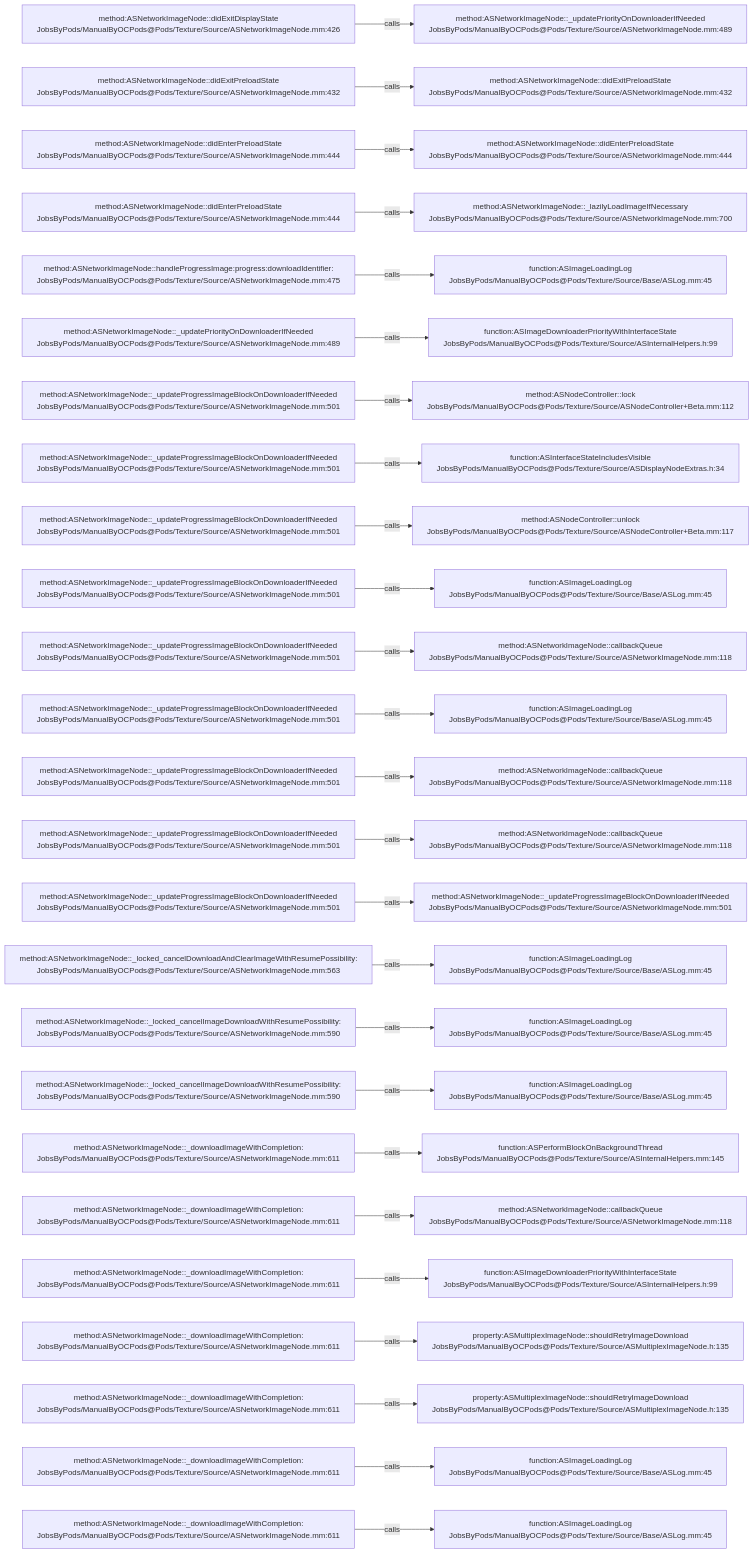
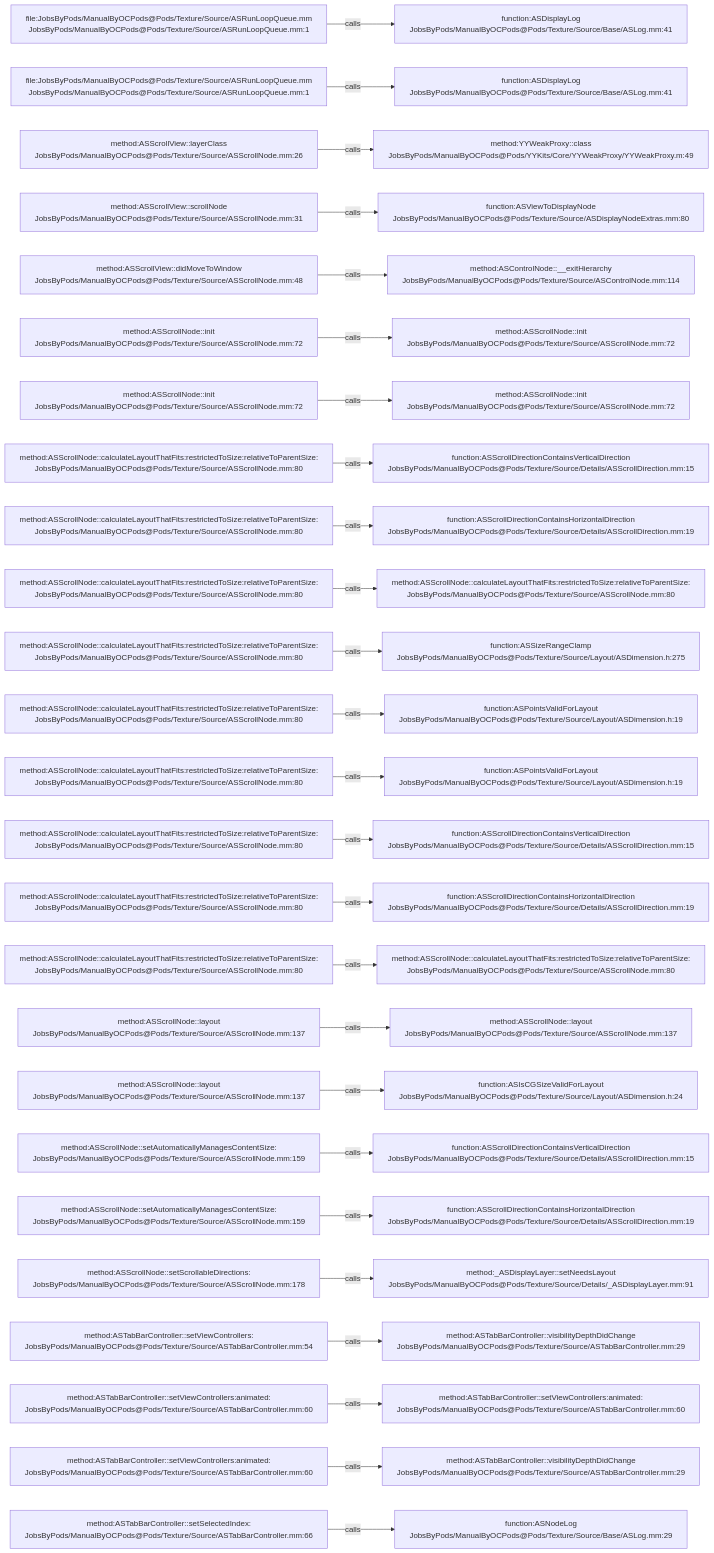
One commit to JobsKits/JobsOCBaseConfigDemo changed the diagram in .codegraph/codegraph.md/graphs/calls-119.md. Above: the diagram before and after it, drawn with Mermaid. The commit also changed 1353 other files, not shown here.

````diff
--- a/.codegraph/codegraph.md/graphs/calls-119.md
+++ b/.codegraph/codegraph.md/graphs/calls-119.md
@@ -13,78 +13,78 @@
 ```mermaid
 flowchart LR
-  S1["method:ASNetworkImageNode::didExitDisplayState<br/>JobsByPods/ManualByOCPods@Pods/Texture/Source/ASNetworkImageNode.mm:426"]
-  T1["method:ASNetworkImageNode::_updatePriorityOnDownloaderIfNeeded<br/>JobsByPods/ManualByOCPods@Pods/Texture/Source/ASNetworkImageNode.mm:489"]
+  S1["file:JobsByPods/ManualByOCPods@Pods/Texture/Source/ASRunLoopQueue.mm<br/>JobsByPods/ManualByOCPods@Pods/Texture/Source/ASRunLoopQueue.mm:1"]
+  T1["function:ASDisplayLog<br/>JobsByPods/ManualByOCPods@Pods/Texture/Source/Base/ASLog.mm:41"]
   S1 -->|calls| T1
-  S2["method:ASNetworkImageNode::didExitPreloadState<br/>JobsByPods/ManualByOCPods@Pods/Texture/Source/ASNetworkImageNode.mm:432"]
-  T2["method:ASNetworkImageNode::didExitPreloadState<br/>JobsByPods/ManualByOCPods@Pods/Texture/Source/ASNetworkImageNode.mm:432"]
+  S2["file:JobsByPods/ManualByOCPods@Pods/Texture/Source/ASRunLoopQueue.mm<br/>JobsByPods/ManualByOCPods@Pods/Texture/Source/ASRunLoopQueue.mm:1"]
+  T2["function:ASDisplayLog<br/>JobsByPods/ManualByOCPods@Pods/Texture/Source/Base/ASLog.mm:41"]
   S2 -->|calls| T2
-  S3["method:ASNetworkImageNode::didEnterPreloadState<br/>JobsByPods/ManualByOCPods@Pods/Texture/Source/ASNetworkImageNode.mm:444"]
-  T3["method:ASNetworkImageNode::didEnterPreloadState<br/>JobsByPods/ManualByOCPods@Pods/Texture/Source/ASNetworkImageNode.mm:444"]
+  S3["method:ASScrollView::layerClass<br/>JobsByPods/ManualByOCPods@Pods/Texture/Source/ASScrollNode.mm:26"]
+  T3["method:YYWeakProxy::class<br/>JobsByPods/ManualByOCPods@Pods/YYKits/Core/YYWeakProxy/YYWeakProxy.m:49"]
   S3 -->|calls| T3
-  S4["method:ASNetworkImageNode::didEnterPreloadState<br/>JobsByPods/ManualByOCPods@Pods/Texture/Source/ASNetworkImageNode.mm:444"]
-  T4["method:ASNetworkImageNode::_lazilyLoadImageIfNecessary<br/>JobsByPods/ManualByOCPods@Pods/Texture/Source/ASNetworkImageNode.mm:700"]
+  S4["method:ASScrollView::scrollNode<br/>JobsByPods/ManualByOCPods@Pods/Texture/Source/ASScrollNode.mm:31"]
+  T4["function:ASViewToDisplayNode<br/>JobsByPods/ManualByOCPods@Pods/Texture/Source/ASDisplayNodeExtras.mm:80"]
   S4 -->|calls| T4
-  S5["method:ASNetworkImageNode::handleProgressImage:progress:downloadIdentifier:<br/>JobsByPods/ManualByOCPods@Pods/Texture/Source/ASNetworkImageNode.mm:475"]
-  T5["function:ASImageLoadingLog<br/>JobsByPods/ManualByOCPods@Pods/Texture/Source/Base/ASLog.mm:45"]
+  S5["method:ASScrollView::didMoveToWindow<br/>JobsByPods/ManualByOCPods@Pods/Texture/Source/ASScrollNode.mm:48"]
+  T5["method:ASControlNode::__exitHierarchy<br/>JobsByPods/ManualByOCPods@Pods/Texture/Source/ASControlNode.mm:114"]
   S5 -->|calls| T5
-  S6["method:ASNetworkImageNode::_updatePriorityOnDownloaderIfNeeded<br/>JobsByPods/ManualByOCPods@Pods/Texture/Source/ASNetworkImageNode.mm:489"]
-  T6["function:ASImageDownloaderPriorityWithInterfaceState<br/>JobsByPods/ManualByOCPods@Pods/Texture/Source/ASInternalHelpers.h:99"]
+  S6["method:ASScrollNode::init<br/>JobsByPods/ManualByOCPods@Pods/Texture/Source/ASScrollNode.mm:72"]
+  T6["method:ASScrollNode::init<br/>JobsByPods/ManualByOCPods@Pods/Texture/Source/ASScrollNode.mm:72"]
   S6 -->|calls| T6
-  S7["method:ASNetworkImageNode::_updateProgressImageBlockOnDownloaderIfNeeded<br/>JobsByPods/ManualByOCPods@Pods/Texture/Source/ASNetworkImageNode.mm:501"]
-  T7["method:ASNodeController::lock<br/>JobsByPods/ManualByOCPods@Pods/Texture/Source/ASNodeController+Beta.mm:112"]
+  S7["method:ASScrollNode::init<br/>JobsByPods/ManualByOCPods@Pods/Texture/Source/ASScrollNode.mm:72"]
+  T7["method:ASScrollNode::init<br/>JobsByPods/ManualByOCPods@Pods/Texture/Source/ASScrollNode.mm:72"]
   S7 -->|calls| T7
-  S8["method:ASNetworkImageNode::_updateProgressImageBlockOnDownloaderIfNeeded<br/>JobsByPods/ManualByOCPods@Pods/Texture/Source/ASNetworkImageNode.mm:501"]
-  T8["function:ASInterfaceStateIncludesVisible<br/>JobsByPods/ManualByOCPods@Pods/Texture/Source/ASDisplayNodeExtras.h:34"]
+  S8["method:ASScrollNode::calculateLayoutThatFits:restrictedToSize:relativeToParentSize:<br/>JobsByPods/ManualByOCPods@Pods/Texture/Source/ASScrollNode.mm:80"]
+  T8["function:ASScrollDirectionContainsVerticalDirection<br/>JobsByPods/ManualByOCPods@Pods/Texture/Source/Details/ASScrollDirection.mm:15"]
   S8 -->|calls| T8
-  S9["method:ASNetworkImageNode::_updateProgressImageBlockOnDownloaderIfNeeded<br/>JobsByPods/ManualByOCPods@Pods/Texture/Source/ASNetworkImageNode.mm:501"]
-  T9["method:ASNodeController::unlock<br/>JobsByPods/ManualByOCPods@Pods/Texture/Source/ASNodeController+Beta.mm:117"]
+  S9["method:ASScrollNode::calculateLayoutThatFits:restrictedToSize:relativeToParentSize:<br/>JobsByPods/ManualByOCPods@Pods/Texture/Source/ASScrollNode.mm:80"]
+  T9["function:ASScrollDirectionContainsHorizontalDirection<br/>JobsByPods/ManualByOCPods@Pods/Texture/Source/Details/ASScrollDirection.mm:19"]
   S9 -->|calls| T9
-  S10["method:ASNetworkImageNode::_updateProgressImageBlockOnDownloaderIfNeeded<br/>JobsByPods/ManualByOCPods@Pods/Texture/Source/ASNetworkImageNode.mm:501"]
-  T10["function:ASImageLoadingLog<br/>JobsByPods/ManualByOCPods@Pods/Texture/Source/Base/ASLog.mm:45"]
+  S10["method:ASScrollNode::calculateLayoutThatFits:restrictedToSize:relativeToParentSize:<br/>JobsByPods/ManualByOCPods@Pods/Texture/Source/ASScrollNode.mm:80"]
+  T10["method:ASScrollNode::calculateLayoutThatFits:restrictedToSize:relativeToParentSize:<br/>JobsByPods/ManualByOCPods@Pods/Texture/Source/ASScrollNode.mm:80"]
   S10 -->|calls| T10
-  S11["method:ASNetworkImageNode::_updateProgressImageBlockOnDownloaderIfNeeded<br/>JobsByPods/ManualByOCPods@Pods/Texture/Source/ASNetworkImageNode.mm:501"]
-  T11["method:ASNetworkImageNode::callbackQueue<br/>JobsByPods/ManualByOCPods@Pods/Texture/Source/ASNetworkImageNode.mm:118"]
+  S11["method:ASScrollNode::calculateLayoutThatFits:restrictedToSize:relativeToParentSize:<br/>JobsByPods/ManualByOCPods@Pods/Texture/Source/ASScrollNode.mm:80"]
+  T11["function:ASSizeRangeClamp<br/>JobsByPods/ManualByOCPods@Pods/Texture/Source/Layout/ASDimension.h:275"]
   S11 -->|calls| T11
-  S12["method:ASNetworkImageNode::_updateProgressImageBlockOnDownloaderIfNeeded<br/>JobsByPods/ManualByOCPods@Pods/Texture/Source/ASNetworkImageNode.mm:501"]
-  T12["function:ASImageLoadingLog<br/>JobsByPods/ManualByOCPods@Pods/Texture/Source/Base/ASLog.mm:45"]
+  S12["method:ASScrollNode::calculateLayoutThatFits:restrictedToSize:relativeToParentSize:<br/>JobsByPods/ManualByOCPods@Pods/Texture/Source/ASScrollNode.mm:80"]
+  T12["function:ASPointsValidForLayout<br/>JobsByPods/ManualByOCPods@Pods/Texture/Source/Layout/ASDimension.h:19"]
   S12 -->|calls| T12
-  S13["method:ASNetworkImageNode::_updateProgressImageBlockOnDownloaderIfNeeded<br/>JobsByPods/ManualByOCPods@Pods/Texture/Source/ASNetworkImageNode.mm:501"]
-  T13["method:ASNetworkImageNode::callbackQueue<br/>JobsByPods/ManualByOCPods@Pods/Texture/Source/ASNetworkImageNode.mm:118"]
+  S13["method:ASScrollNode::calculateLayoutThatFits:restrictedToSize:relativeToParentSize:<br/>JobsByPods/ManualByOCPods@Pods/Texture/Source/ASScrollNode.mm:80"]
+  T13["function:ASPointsValidForLayout<br/>JobsByPods/ManualByOCPods@Pods/Texture/Source/Layout/ASDimension.h:19"]
   S13 -->|calls| T13
-  S14["method:ASNetworkImageNode::_updateProgressImageBlockOnDownloaderIfNeeded<br/>JobsByPods/ManualByOCPods@Pods/Texture/Source/ASNetworkImageNode.mm:501"]
-  T14["method:ASNetworkImageNode::callbackQueue<br/>JobsByPods/ManualByOCPods@Pods/Texture/Source/ASNetworkImageNode.mm:118"]
+  S14["method:ASScrollNode::calculateLayoutThatFits:restrictedToSize:relativeToParentSize:<br/>JobsByPods/ManualByOCPods@Pods/Texture/Source/ASScrollNode.mm:80"]
+  T14["function:ASScrollDirectionContainsVerticalDirection<br/>JobsByPods/ManualByOCPods@Pods/Texture/Source/Details/ASScrollDirection.mm:15"]
   S14 -->|calls| T14
-  S15["method:ASNetworkImageNode::_updateProgressImageBlockOnDownloaderIfNeeded<br/>JobsByPods/ManualByOCPods@Pods/Texture/Source/ASNetworkImageNode.mm:501"]
-  T15["method:ASNetworkImageNode::_updateProgressImageBlockOnDownloaderIfNeeded<br/>JobsByPods/ManualByOCPods@Pods/Texture/Source/ASNetworkImageNode.mm:501"]
+  S15["method:ASScrollNode::calculateLayoutThatFits:restrictedToSize:relativeToParentSize:<br/>JobsByPods/ManualByOCPods@Pods/Texture/Source/ASScrollNode.mm:80"]
+  T15["function:ASScrollDirectionContainsHorizontalDirection<br/>JobsByPods/ManualByOCPods@Pods/Texture/Source/Details/ASScrollDirection.mm:19"]
   S15 -->|calls| T15
-  S16["method:ASNetworkImageNode::_locked_cancelDownloadAndClearImageWithResumePossibility:<br/>JobsByPods/ManualByOCPods@Pods/Texture/Source/ASNetworkImageNode.mm:563"]
-  T16["function:ASImageLoadingLog<br/>JobsByPods/ManualByOCPods@Pods/Texture/Source/Base/ASLog.mm:45"]
+  S16["method:ASScrollNode::calculateLayoutThatFits:restrictedToSize:relativeToParentSize:<br/>JobsByPods/ManualByOCPods@Pods/Texture/Source/ASScrollNode.mm:80"]
+  T16["method:ASScrollNode::calculateLayoutThatFits:restrictedToSize:relativeToParentSize:<br/>JobsByPods/ManualByOCPods@Pods/Texture/Source/ASScrollNode.mm:80"]
   S16 -->|calls| T16
-  S17["method:ASNetworkImageNode::_locked_cancelImageDownloadWithResumePossibility:<br/>JobsByPods/ManualByOCPods@Pods/Texture/Source/ASNetworkImageNode.mm:590"]
-  T17["function:ASImageLoadingLog<br/>JobsByPods/ManualByOCPods@Pods/Texture/Source/Base/ASLog.mm:45"]
+  S17["method:ASScrollNode::layout<br/>JobsByPods/ManualByOCPods@Pods/Texture/Source/ASScrollNode.mm:137"]
+  T17["method:ASScrollNode::layout<br/>JobsByPods/ManualByOCPods@Pods/Texture/Source/ASScrollNode.mm:137"]
   S17 -->|calls| T17
-  S18["method:ASNetworkImageNode::_locked_cancelImageDownloadWithResumePossibility:<br/>JobsByPods/ManualByOCPods@Pods/Texture/Source/ASNetworkImageNode.mm:590"]
-  T18["function:ASImageLoadingLog<br/>JobsByPods/ManualByOCPods@Pods/Texture/Source/Base/ASLog.mm:45"]
+  S18["method:ASScrollNode::layout<br/>JobsByPods/ManualByOCPods@Pods/Texture/Source/ASScrollNode.mm:137"]
+  T18["function:ASIsCGSizeValidForLayout<br/>JobsByPods/ManualByOCPods@Pods/Texture/Source/Layout/ASDimension.h:24"]
   S18 -->|calls| T18
-  S19["method:ASNetworkImageNode::_downloadImageWithCompletion:<br/>JobsByPods/ManualByOCPods@Pods/Texture/Source/ASNetworkImageNode.mm:611"]
-  T19["function:ASPerformBlockOnBackgroundThread<br/>JobsByPods/ManualByOCPods@Pods/Texture/Source/ASInternalHelpers.mm:145"]
+  S19["method:ASScrollNode::setAutomaticallyManagesContentSize:<br/>JobsByPods/ManualByOCPods@Pods/Texture/Source/ASScrollNode.mm:159"]
+  T19["function:ASScrollDirectionContainsVerticalDirection<br/>JobsByPods/ManualByOCPods@Pods/Texture/Source/Details/ASScrollDirection.mm:15"]
   S19 -->|calls| T19
-  S20["method:ASNetworkImageNode::_downloadImageWithCompletion:<br/>JobsByPods/ManualByOCPods@Pods/Texture/Source/ASNetworkImageNode.mm:611"]
-  T20["method:ASNetworkImageNode::callbackQueue<br/>JobsByPods/ManualByOCPods@Pods/Texture/Source/ASNetworkImageNode.mm:118"]
+  S20["method:ASScrollNode::setAutomaticallyManagesContentSize:<br/>JobsByPods/ManualByOCPods@Pods/Texture/Source/ASScrollNode.mm:159"]
+  T20["function:ASScrollDirectionContainsHorizontalDirection<br/>JobsByPods/ManualByOCPods@Pods/Texture/Source/Details/ASScrollDirection.mm:19"]
   S20 -->|calls| T20
-  S21["method:ASNetworkImageNode::_downloadImageWithCompletion:<br/>JobsByPods/ManualByOCPods@Pods/Texture/Source/ASNetworkImageNode.mm:611"]
-  T21["function:ASImageDownloaderPriorityWithInterfaceState<br/>JobsByPods/ManualByOCPods@Pods/Texture/Source/ASInternalHelpers.h:99"]
+  S21["method:ASScrollNode::setScrollableDirections:<br/>JobsByPods/ManualByOCPods@Pods/Texture/Source/ASScrollNode.mm:178"]
+  T21["method:_ASDisplayLayer::setNeedsLayout<br/>JobsByPods/ManualByOCPods@Pods/Texture/Source/Details/_ASDisplayLayer.mm:91"]
   S21 -->|calls| T21
-  S22["method:ASNetworkImageNode::_downloadImageWithCompletion:<br/>JobsByPods/ManualByOCPods@Pods/Texture/Source/ASNetworkImageNode.mm:611"]
-  T22["property:ASMultiplexImageNode::shouldRetryImageDownload<br/>JobsByPods/ManualByOCPods@Pods/Texture/Source/ASMultiplexImageNode.h:135"]
+  S22["method:ASTabBarController::setViewControllers:<br/>JobsByPods/ManualByOCPods@Pods/Texture/Source/ASTabBarController.mm:54"]
+  T22["method:ASTabBarController::visibilityDepthDidChange<br/>JobsByPods/ManualByOCPods@Pods/Texture/Source/ASTabBarController.mm:29"]
   S22 -->|calls| T22
-  S23["method:ASNetworkImageNode::_downloadImageWithCompletion:<br/>JobsByPods/ManualByOCPods@Pods/Texture/Source/ASNetworkImageNode.mm:611"]
-  T23["property:ASMultiplexImageNode::shouldRetryImageDownload<br/>JobsByPods/ManualByOCPods@Pods/Texture/Source/ASMultiplexImageNode.h:135"]
+  S23["method:ASTabBarController::setViewControllers:animated:<br/>JobsByPods/ManualByOCPods@Pods/Texture/Source/ASTabBarController.mm:60"]
+  T23["method:ASTabBarController::setViewControllers:animated:<br/>JobsByPods/ManualByOCPods@Pods/Texture/Source/ASTabBarController.mm:60"]
   S23 -->|calls| T23
-  S24["method:ASNetworkImageNode::_downloadImageWithCompletion:<br/>JobsByPods/ManualByOCPods@Pods/Texture/Source/ASNetworkImageNode.mm:611"]
-  T24["function:ASImageLoadingLog<br/>JobsByPods/ManualByOCPods@Pods/Texture/Source/Base/ASLog.mm:45"]
+  S24["method:ASTabBarController::setViewControllers:animated:<br/>JobsByPods/ManualByOCPods@Pods/Texture/Source/ASTabBarController.mm:60"]
+  T24["method:ASTabBarController::visibilityDepthDidChange<br/>JobsByPods/ManualByOCPods@Pods/Texture/Source/ASTabBarController.mm:29"]
   S24 -->|calls| T24
-  S25["method:ASNetworkImageNode::_downloadImageWithCompletion:<br/>JobsByPods/ManualByOCPods@Pods/Texture/Source/ASNetworkImageNode.mm:611"]
-  T25["function:ASImageLoadingLog<br/>JobsByPods/ManualByOCPods@Pods/Texture/Source/Base/ASLog.mm:45"]
+  S25["method:ASTabBarController::setSelectedIndex:<br/>JobsByPods/ManualByOCPods@Pods/Texture/Source/ASTabBarController.mm:66"]
+  T25["function:ASNodeLog<br/>JobsByPods/ManualByOCPods@Pods/Texture/Source/Base/ASLog.mm:29"]
   S25 -->|calls| T25
 ```
````
